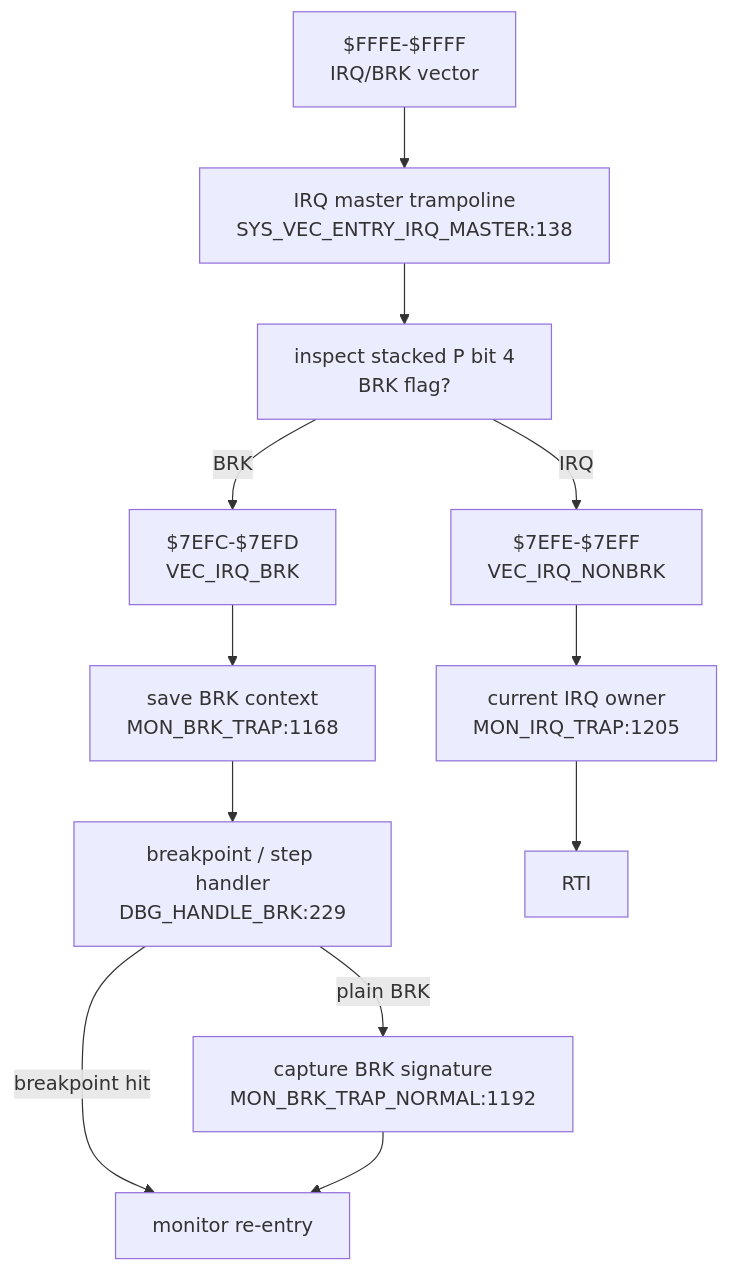
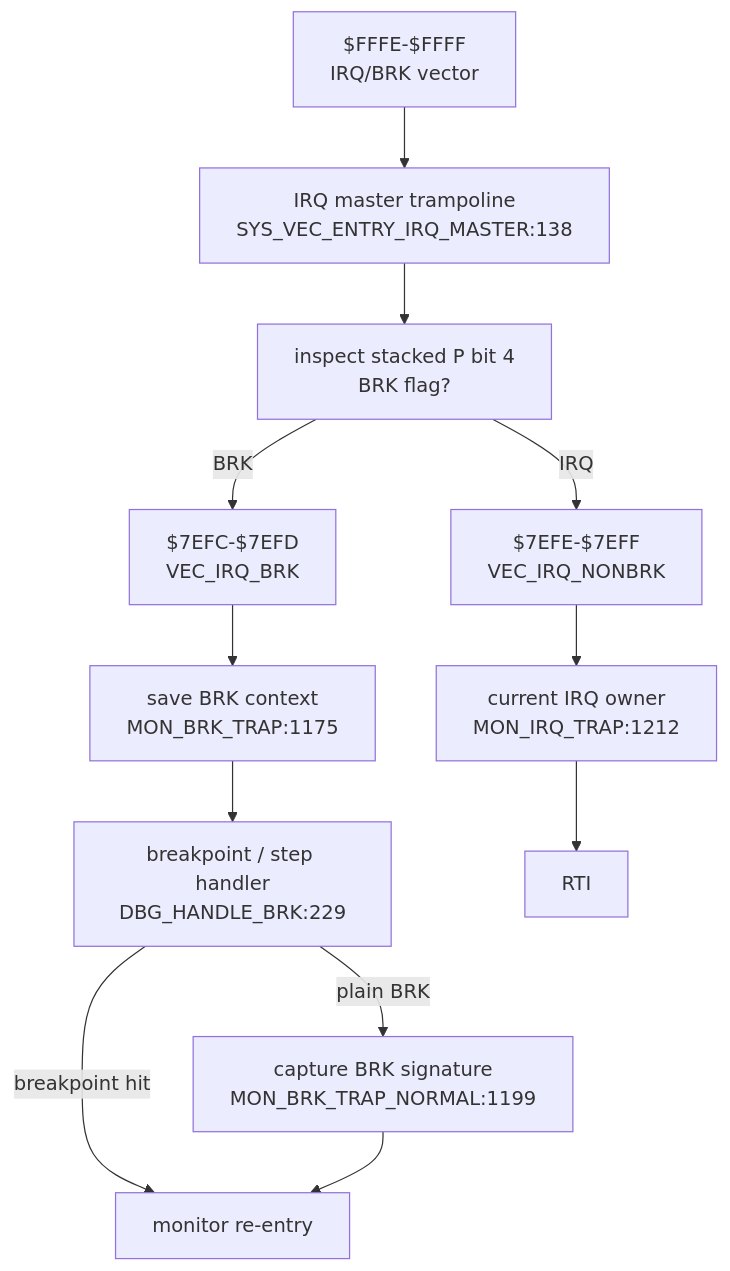
Before and after one commit to 95westus/R-YORS: the fifth of 6 diagrams in DOC/GENERATED/INTERRUPT_VECTOR_MAP.md, drawn with Mermaid. The commit also changed other lines of this file and 59 other files, not shown here.

````diff
--- a/DOC/GENERATED/INTERRUPT_VECTOR_MAP.md
+++ b/DOC/GENERATED/INTERRUPT_VECTOR_MAP.md
@@ -75,14 +75,14 @@
 ```mermaid
 flowchart TD
     IRQV["$FFFE-$FFFF<br/>IRQ/BRK vector"] --> IRQMASTER["IRQ master trampoline<br/>SYS_VEC_ENTRY_IRQ_MASTER:138"]
     IRQMASTER --> SPLIT["inspect stacked P bit 4<br/>BRK flag?"]
     SPLIT -->|BRK| VECBRK["$7EFC-$7EFD<br/>VEC_IRQ_BRK"]
     SPLIT -->|IRQ| VECIRQ["$7EFE-$7EFF<br/>VEC_IRQ_NONBRK"]
-    VECBRK --> BRKTRAP["save BRK context<br/>MON_BRK_TRAP:1168"]
+    VECBRK --> BRKTRAP["save BRK context<br/>MON_BRK_TRAP:1175"]
     BRKTRAP --> DBGBRK["breakpoint / step handler<br/>DBG_HANDLE_BRK:229"]
     DBGBRK -->|breakpoint hit| REENTER["monitor re-entry"]
-    DBGBRK -->|plain BRK| BRKNORMAL["capture BRK signature<br/>MON_BRK_TRAP_NORMAL:1192"]
+    DBGBRK -->|plain BRK| BRKNORMAL["capture BRK signature<br/>MON_BRK_TRAP_NORMAL:1199"]
     BRKNORMAL --> REENTER
-    VECIRQ --> IRQTRAP["current IRQ owner<br/>MON_IRQ_TRAP:1205"]
+    VECIRQ --> IRQTRAP["current IRQ owner<br/>MON_IRQ_TRAP:1212"]
     IRQTRAP --> RTIIRQ["RTI"]
 ```
````
